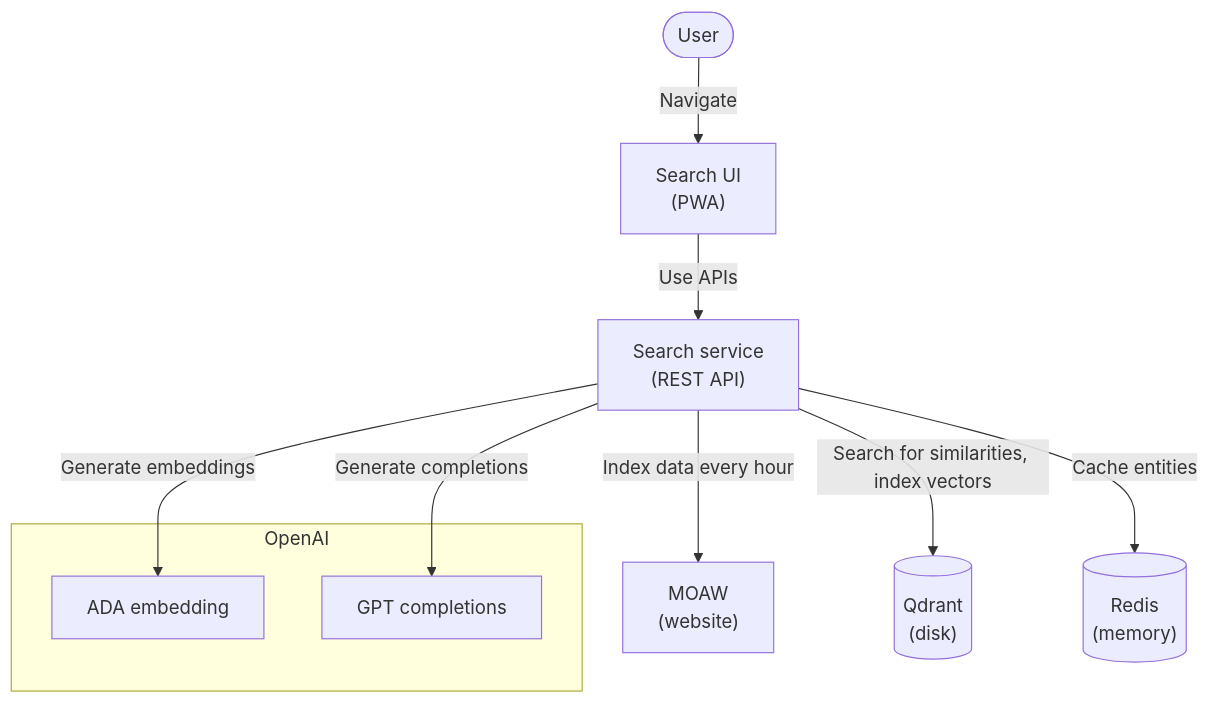
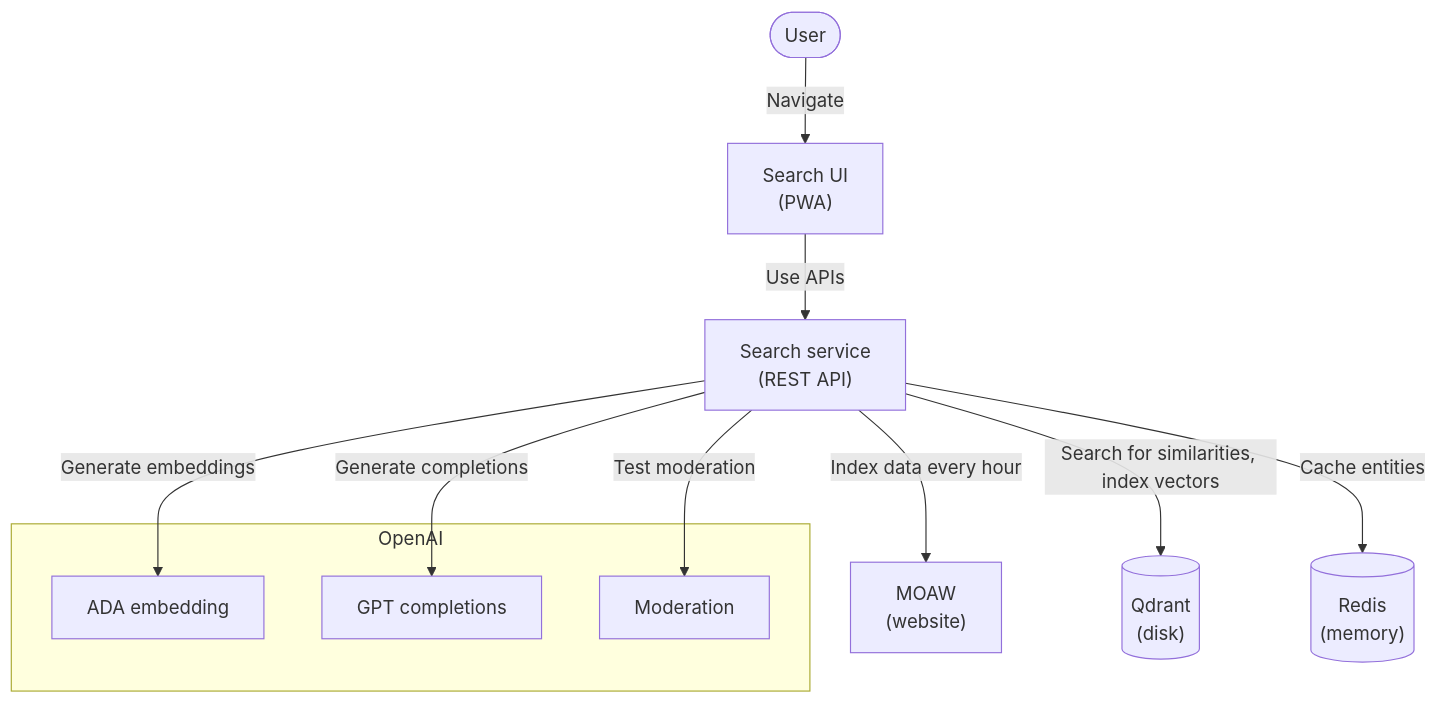
The second of 3 diagrams in README.md (clemlesne/moaw-search), drawn with Mermaid before and after one commit. The commit also changed other lines of this file and 3 other files, not shown here.

Commit message:
Feat: Moderation test before answering

````diff
--- a/README.md
+++ b/README.md
@@ -68,23 +69,25 @@
 ```mermaid
 graph
   user(["User"])
 
   api["Search service\n(REST API)"]
   moaw["MOAW\n(website)"]
   qdrant[("Qdrant\n(disk)")]
   redis[("Redis\n(memory)")]
   ui["Search UI\n(PWA)"]
 
   subgraph "OpenAI"
     oai_ada["ADA embedding"]
     oai_gpt["GPT completions"]
+    oai_modr["Moderation"]
   end
 
   api -- Cache entities --> redis
   api -- Generate completions --> oai_gpt
+  api -- Test moderation --> oai_modr
   api -- Generate embeddings --> oai_ada
   api -- Index data every hour --> moaw
   api -- Search for similarities, index vectors --> qdrant
   ui -- Use APIs --> api
   user -- Navigate --> ui
 ```
````
